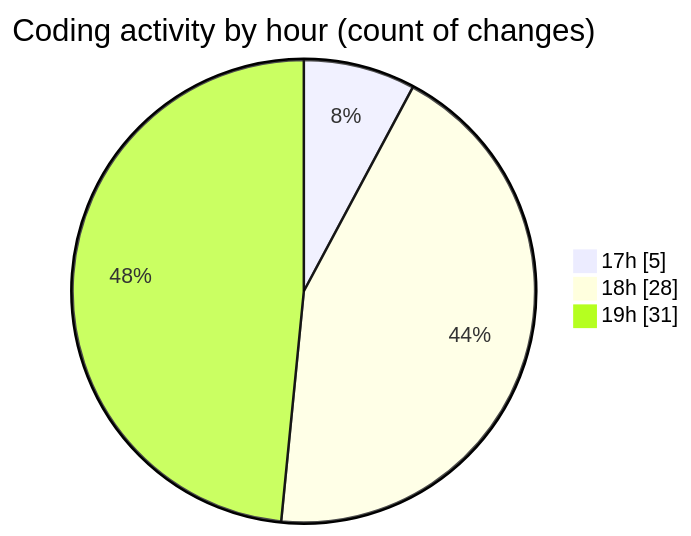
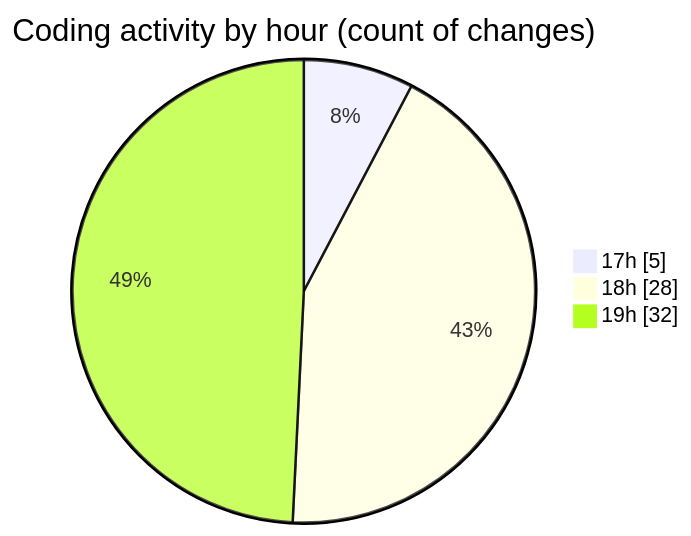
The second of 2 diagrams in 2025-01-01/uber_clone/README.md (donsfak/code-tracking), drawn with Mermaid before and after one commit. The commit also changed other lines of this file and 1 other file, not shown here.

````diff
--- a/2025-01-01/uber_clone/README.md
+++ b/2025-01-01/uber_clone/README.md
@@ -41,7 +41,7 @@
 ```mermaid
 pie showData
 title Coding activity by hour (count of changes)
 "17h" : 5
 "18h" : 28
-"19h" : 31
+"19h" : 32
 ```
````
